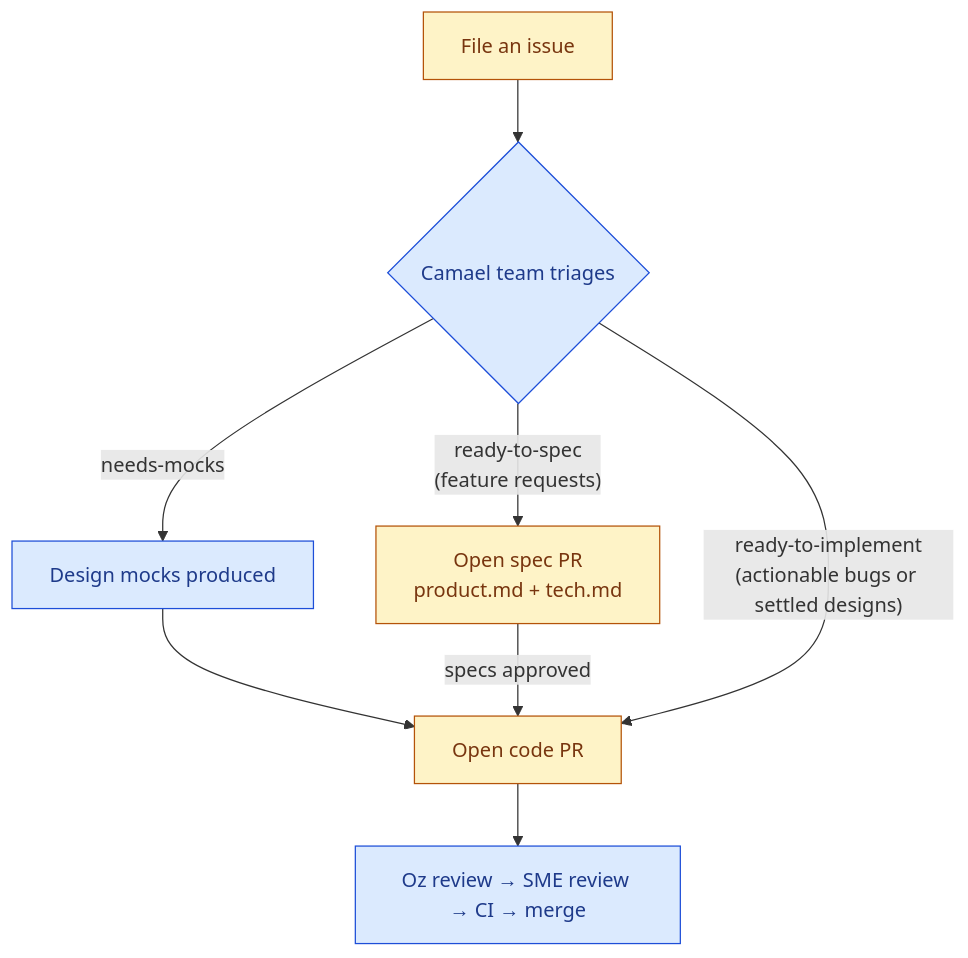
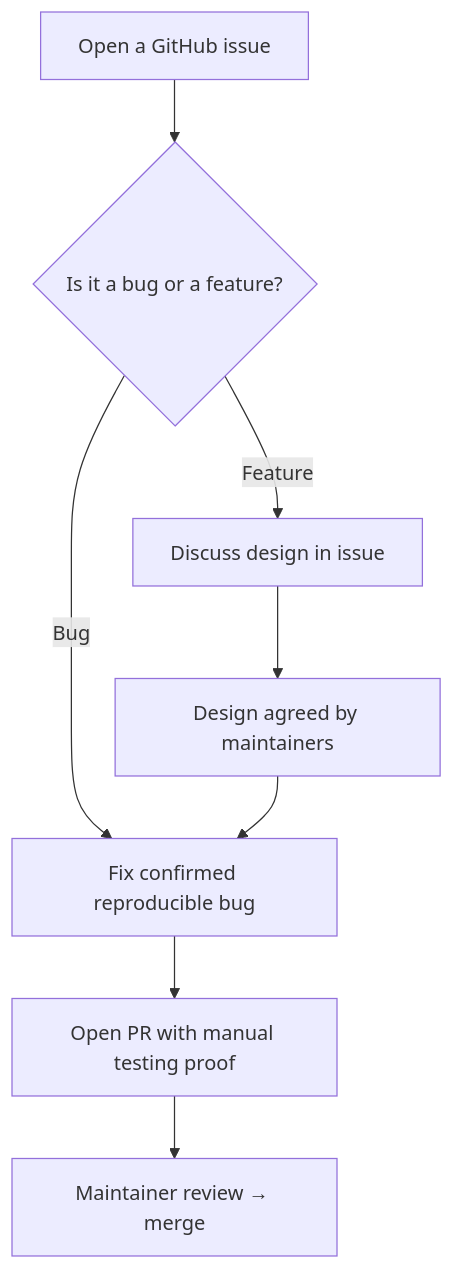
The diagram in CONTRIBUTING.md (pancudaniel7/camael), drawn with Mermaid before and after one commit. The commit also changed other lines of this file and 9 other files, not shown here.

````diff
--- a/CONTRIBUTING.md
+++ b/CONTRIBUTING.md
@@ -41,15 +24,10 @@
 ```mermaid
 flowchart TD
-    A[File an issue] --> B{Camael team triages}
-    B -- ready-to-spec<br/>(feature requests) --> C[Open spec PR<br/>product.md + tech.md]
-    B -- needs-mocks --> D[Design mocks produced]
-    D --> E[Open code PR]
-    C -- specs approved --> E
-    B -- ready-to-implement<br/>(actionable bugs or settled designs) --> E
-    E --> F[Oz review → SME review → CI → merge]
-
-    classDef contributor fill:#fef3c7,stroke:#b45309,color:#78350f;
-    classDef CamaelTeam fill:#dbeafe,stroke:#1d4ed8,color:#1e3a8a;
-    class A,C,E contributor;
-    class B,D,F CamaelTeam;
+    A[Open a GitHub issue] --> B{Is it a bug or a feature?}
+    B -- Bug --> C[Fix confirmed reproducible bug]
+    B -- Feature --> D[Discuss design in issue]
+    D --> E[Design agreed by maintainers]
+    E --> C
+    C --> F[Open PR with manual testing proof]
+    F --> G[Maintainer review → merge]
 ```
````
